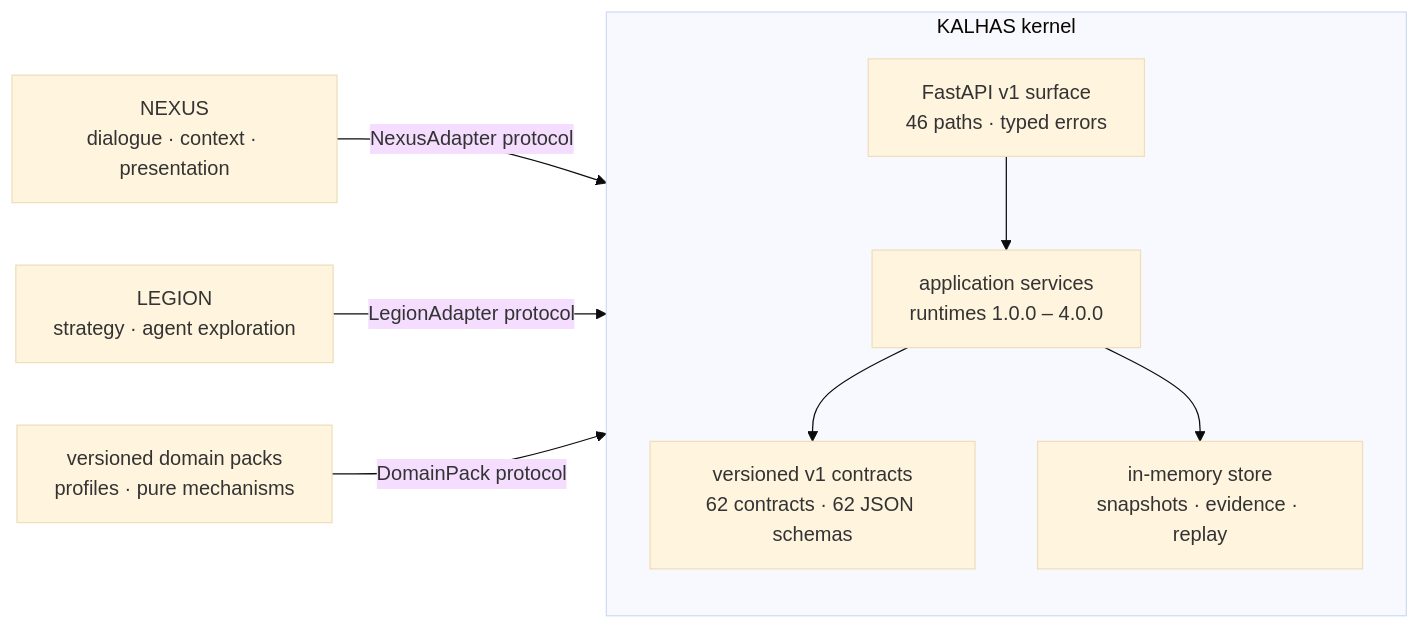
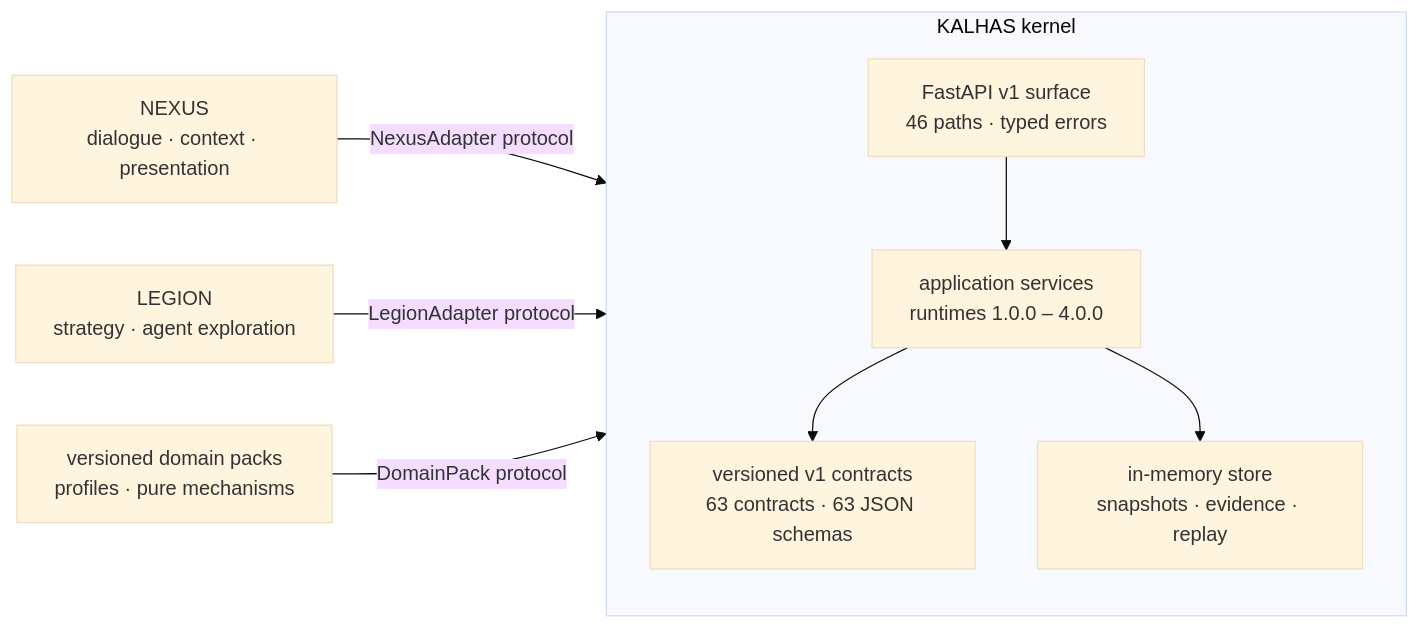
The diagram in README.md (Encomm-Tensor-Intelligence/Encomm_Kalhas), drawn with Mermaid (base theme) before and after one commit. The commit also changed other lines of this file and 14 other files, not shown here.

````diff
--- a/README.md
+++ b/README.md
@@ -82,21 +82,21 @@
 ```mermaid
 flowchart LR
     NEXUS["NEXUS<br/>dialogue · context · presentation"]
     LEGION["LEGION<br/>strategy · agent exploration"]
 
     subgraph KALHAS["KALHAS kernel"]
         direction TB
         API["FastAPI v1 surface<br/>46 paths · typed errors"]
         APP["application services<br/>runtimes 1.0.0 – 4.0.0"]
-        CON["versioned v1 contracts<br/>62 contracts · 62 JSON schemas"]
+        CON["versioned v1 contracts<br/>63 contracts · 63 JSON schemas"]
         STORE["in-memory store<br/>snapshots · evidence · replay"]
         API --> APP --> CON
         APP --> STORE
     end
 
     PACK["versioned domain packs<br/>profiles · pure mechanisms"]
 
     NEXUS -->|NexusAdapter protocol| API
     LEGION -->|LegionAdapter protocol| API
     PACK -->|DomainPack protocol| APP
 ```
````
